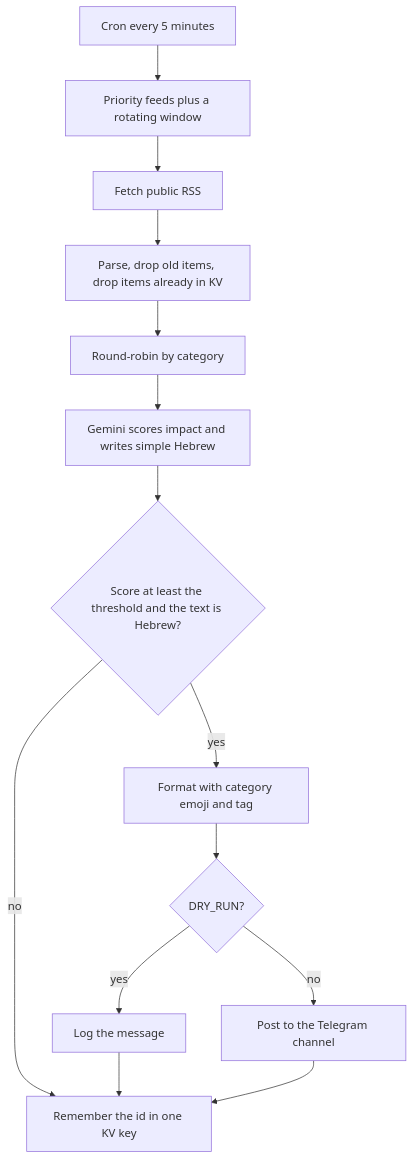
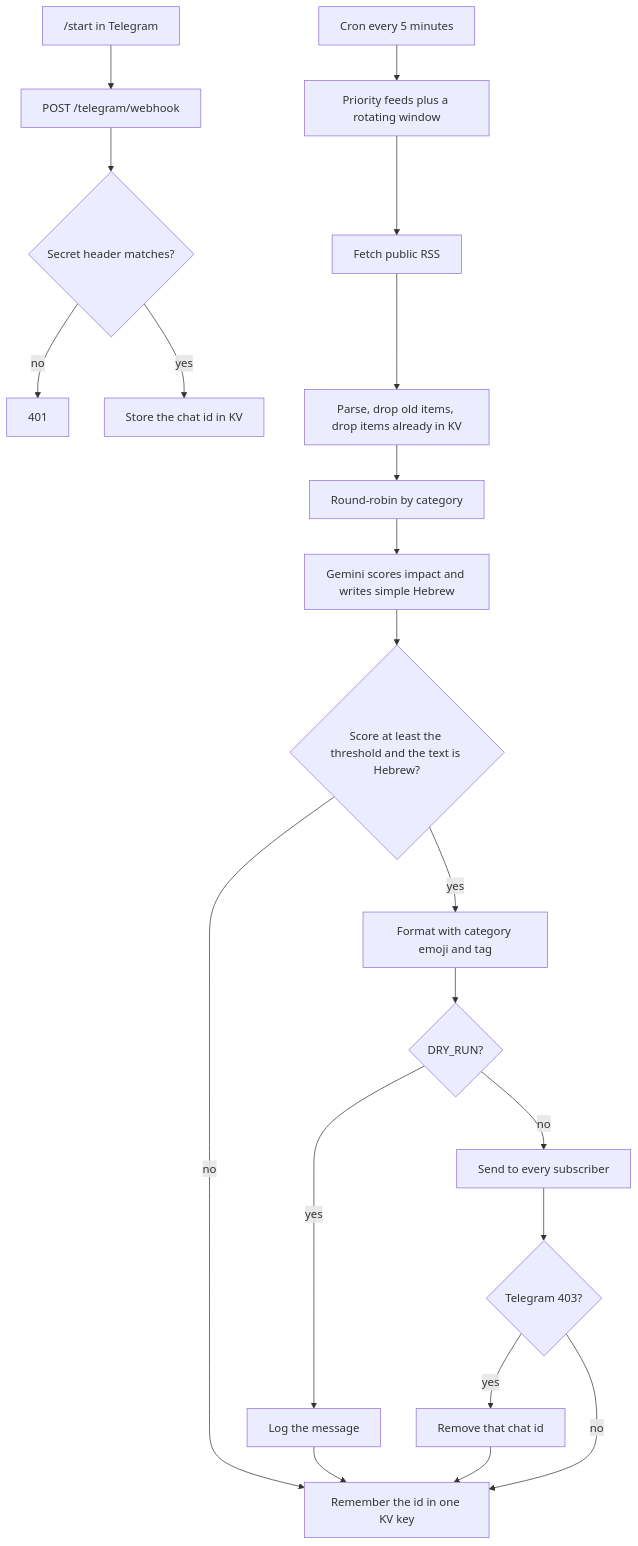
The diagram in README.md (aviniazov7/hebrew-finance-news-bot), drawn with Mermaid before and after one commit. The commit also changed other lines of this file and 17 other files, not shown here.

First line of the commit message:
feat: send finance news to Telegram subscribers

````diff
--- a/README.md
+++ b/README.md
@@ -11,16 +11,23 @@
 ```mermaid
 flowchart TD
+  user["/start in Telegram"] --> hook["POST /telegram/webhook"]
+  hook --> secret{Secret header matches?}
+  secret -->|no| deny[401]
+  secret -->|yes| sub[Store the chat id in KV]
   cron[Cron every 5 minutes] --> pick[Priority feeds plus a rotating window]
   pick --> rss[Fetch public RSS]
   rss --> parse[Parse, drop old items, drop items already in KV]
   parse --> balance[Round-robin by category]
   balance --> gemini[Gemini scores impact and writes simple Hebrew]
   gemini --> gate{Score at least the threshold and the text is Hebrew?}
   gate -->|no| kv[Remember the id in one KV key]
   gate -->|yes| msg[Format with category emoji and tag]
   msg --> dry{DRY_RUN?}
   dry -->|yes| log[Log the message]
-  dry -->|no| tg[Post to the Telegram channel]
+  dry -->|no| tg[Send to every subscriber]
+  tg --> blocked{Telegram 403?}
+  blocked -->|yes| drop[Remove that chat id]
+  blocked -->|no| kv
   log --> kv
-  tg --> kv
+  drop --> kv
 ```
````
